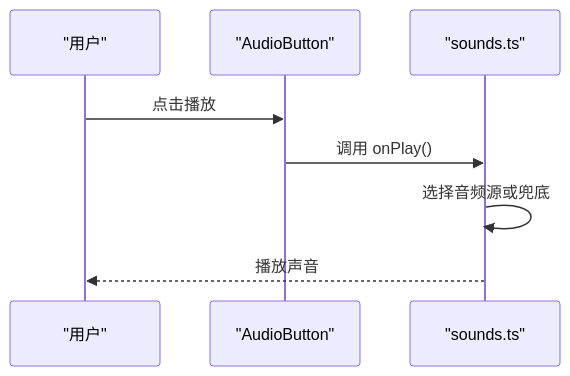
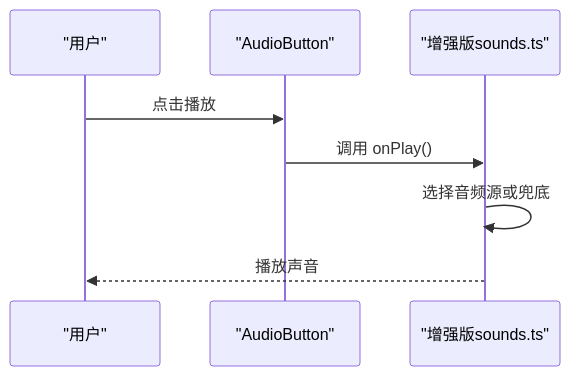
Before and after one commit to wudeng2005/rainbow-learning: the ninth of 10 diagrams in .qoder/repowiki/zh/content/构建与部署/音频生成指南.md, drawn with Mermaid. The commit also changed other lines of this file and 157 other files, not shown here.

````diff
--- a/.qoder/repowiki/zh/content/构建与部署/音频生成指南.md
+++ b/.qoder/repowiki/zh/content/构建与部署/音频生成指南.md
@@ -405,10 +441,10 @@
 ```mermaid
 sequenceDiagram
 participant User as "用户"
 participant Btn as "AudioButton"
-participant Player as "sounds.ts"
+participant Player as "增强版sounds.ts"
 User->>Btn : 点击播放
 Btn->>Player : 调用 onPlay()
 Player->>Player : 选择音频源或兜底
 Player-->>User : 播放声音
 ```
````
